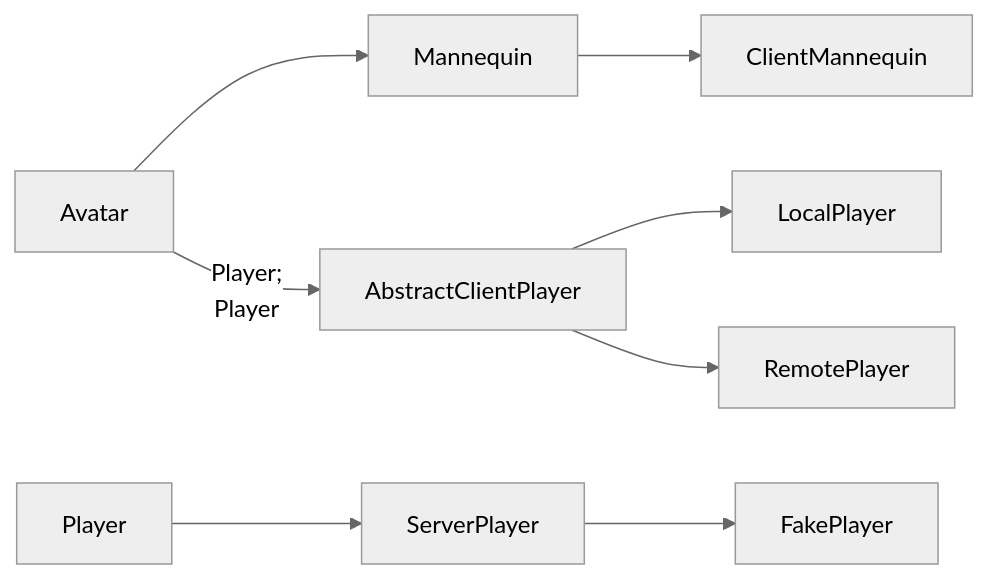
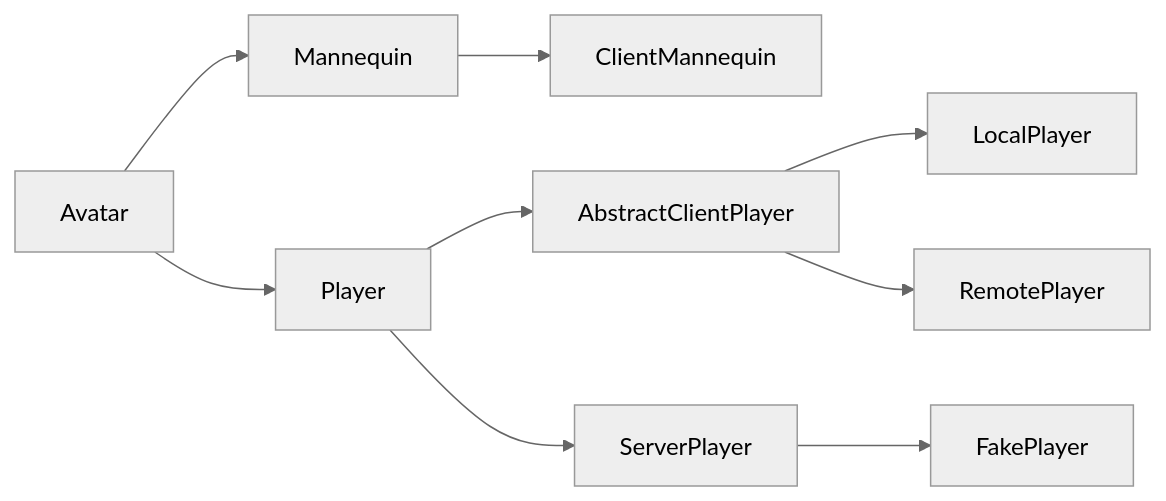
One commit to neoforged/Documentation changed the third of 3 diagrams in docs/entities/livingentity.md. Above: the diagram before and after it, drawn with Mermaid (neutral theme). The commit also changed other lines of this file and 187 other files, not shown here.

````diff
--- a/docs/entities/livingentity.md
+++ b/docs/entities/livingentity.md
@@ -180,14 +180,14 @@
 ```mermaid
 graph LR;
     Avatar-->Mannequin;
     Mannequin-->ClientMannequin;
-    Avatar--Player;
+    Avatar-->Player;
     Player-->AbstractClientPlayer;
     AbstractClientPlayer-->LocalPlayer;
     AbstractClientPlayer-->RemotePlayer;
     Player-->ServerPlayer;
     ServerPlayer-->FakePlayer;
     
     class Avatar,Player,AbstractClientPlayer red;
     class ClientMannequin,LocalPlayer,RemotePlayer,ServerPlayer,FakePlayer blue;
 ```
````
